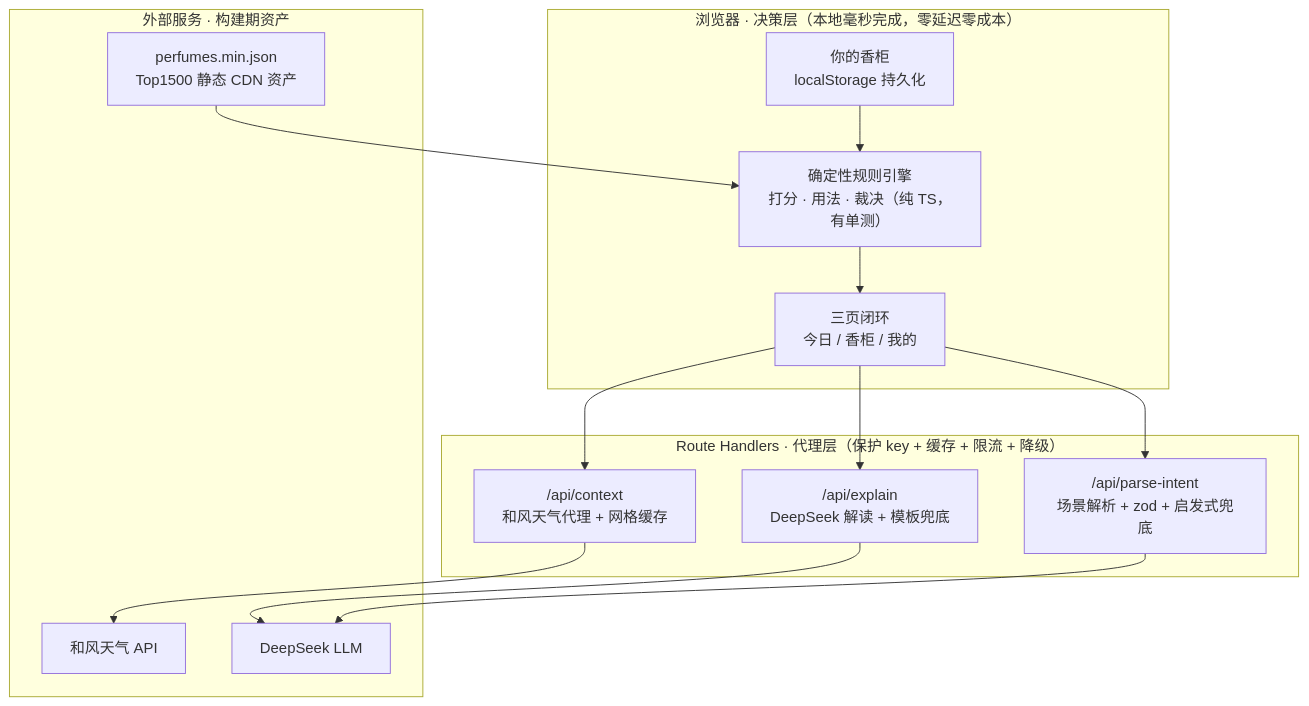
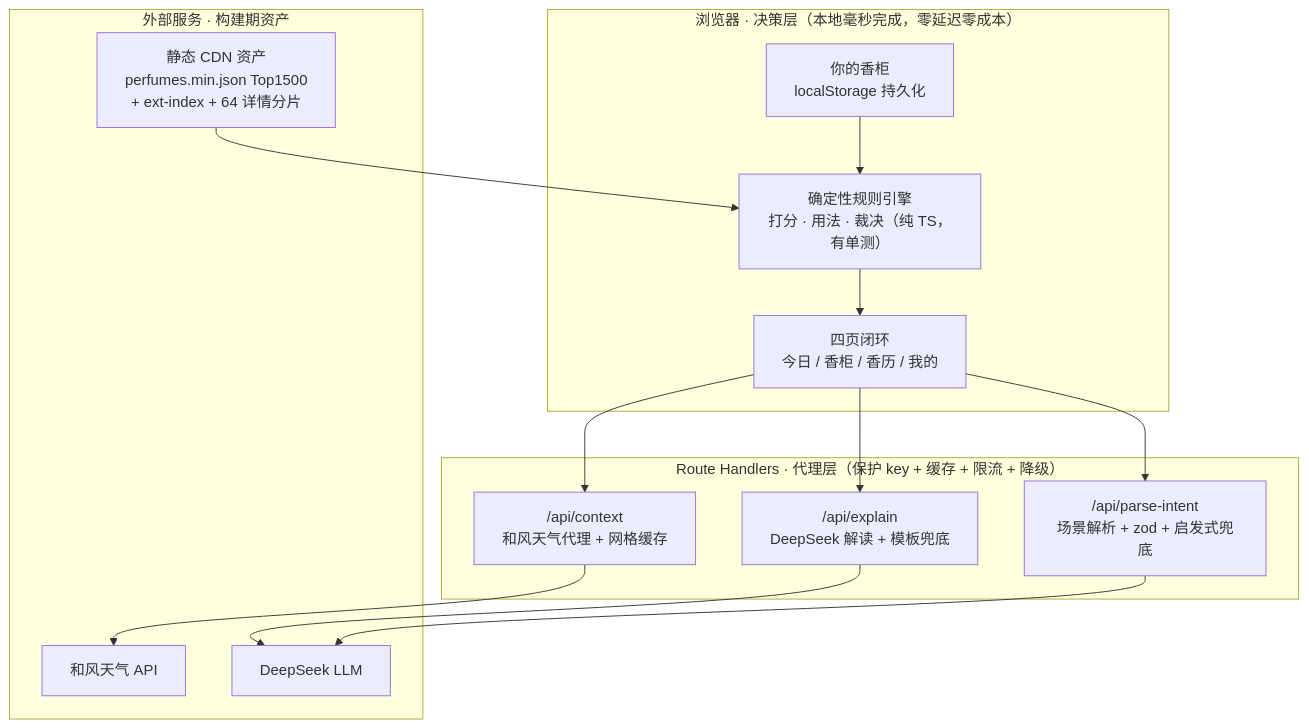
The second of 5 diagrams in docs/氛寸-产品方案.md (MrBaoboer/FenCun), drawn with Mermaid before and after one commit. The commit also changed other lines of this file and 8 other files, not shown here.

````diff
--- a/docs/氛寸-产品方案.md
+++ b/docs/氛寸-产品方案.md
@@ -146,24 +148,24 @@
 ```mermaid
 flowchart TB
     subgraph Client["浏览器 · 决策层（本地毫秒完成，零延迟零成本）"]
         Lib["你的香柜<br/>localStorage 持久化"]
         Engine["确定性规则引擎<br/>打分 · 用法 · 裁决（纯 TS，有单测）"]
-        UI["三页闭环<br/>今日 / 香柜 / 我的"]
+        UI["四页闭环<br/>今日 / 香柜 / 香历 / 我的"]
     end
     subgraph Edge["Route Handlers · 代理层（保护 key + 缓存 + 限流 + 降级）"]
         Ctx2["/api/context<br/>和风天气代理 + 网格缓存"]
         Exp["/api/explain<br/>DeepSeek 解读 + 模板兜底"]
         Parse["/api/parse-intent<br/>场景解析 + zod + 启发式兜底"]
     end
     subgraph Ext["外部服务 · 构建期资产"]
         QW["和风天气 API"]
         DS["DeepSeek LLM"]
-        Data["perfumes.min.json<br/>Top1500 静态 CDN 资产"]
+        Data["静态 CDN 资产<br/>perfumes.min.json Top1500<br/>+ ext-index + 64 详情分片"]
     end
     Data --> Engine
     Lib --> Engine
     UI --> Ctx2 --> QW
     UI --> Exp --> DS
     UI --> Parse --> DS
     Engine --> UI
 ```
````
